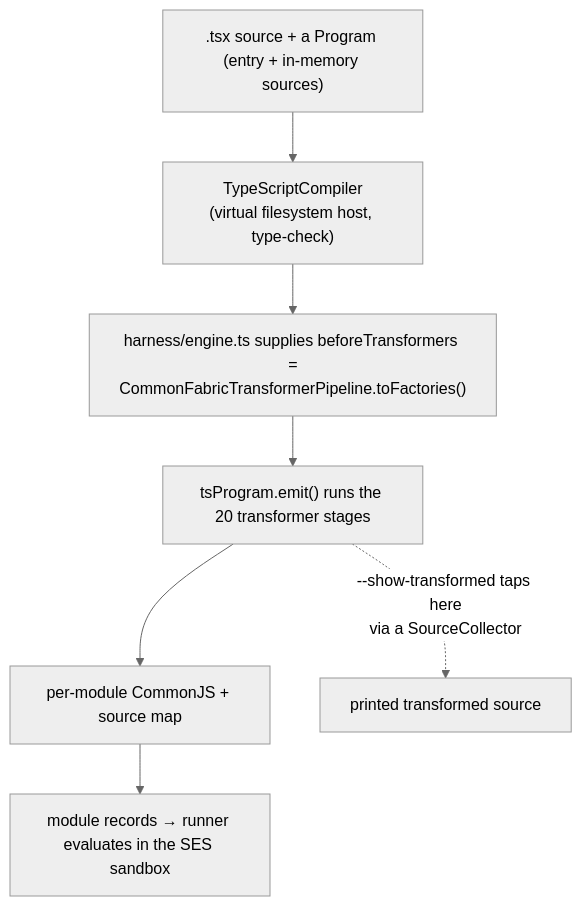
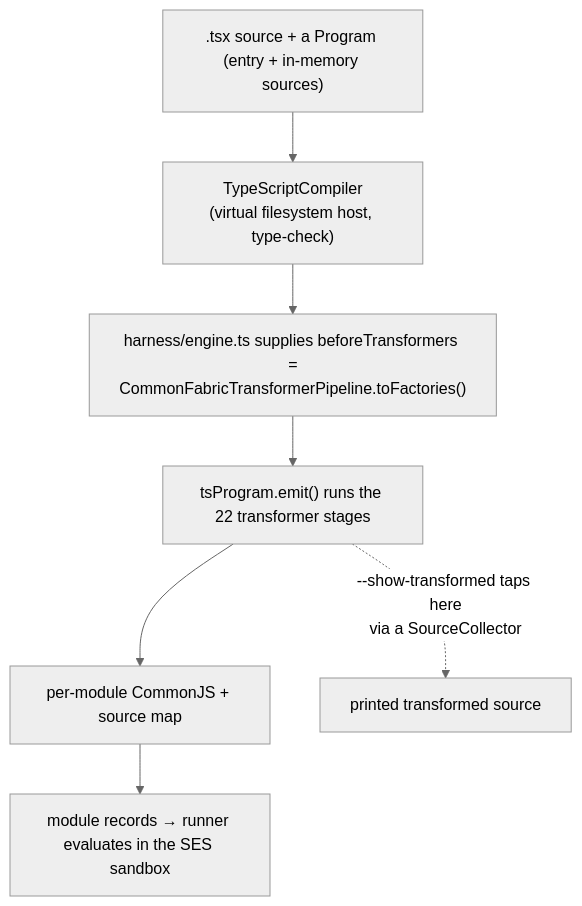
Before and after one commit to commontoolsinc/labs: the second of 5 diagrams in docs/development/orientation/compile-pipeline.md, drawn with Mermaid (neutral theme). The commit also changed other lines of this file and 5 other files, not shown here.

````diff
--- a/docs/development/orientation/compile-pipeline.md
+++ b/docs/development/orientation/compile-pipeline.md
@@ -59,12 +59,12 @@
 ```mermaid
 flowchart TB
     src[".tsx source + a Program (entry + in-memory sources)"]
     compiler["TypeScriptCompiler<br/>(virtual filesystem host, type-check)"]
     bridge["harness/engine.ts supplies beforeTransformers =<br/>CommonFabricTransformerPipeline.toFactories()"]
-    emit["tsProgram.emit() runs the 20 transformer stages"]
+    emit["tsProgram.emit() runs the 22 transformer stages"]
     out["per-module CommonJS + source map"]
     records["module records → runner evaluates in the SES sandbox"]
 
     src --> compiler --> bridge --> emit --> out --> records
     emit -.->|"--show-transformed taps here<br/>via a SourceCollector"| dump["printed transformed source"]
 ```
````
